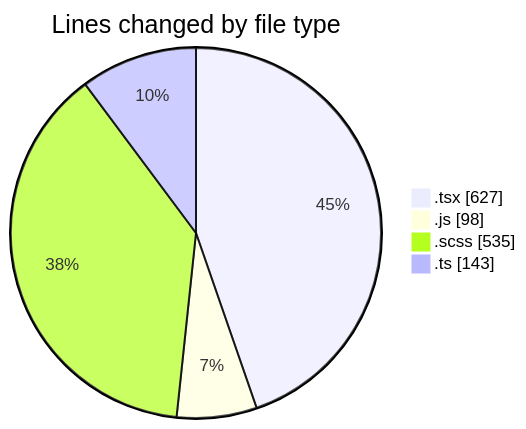
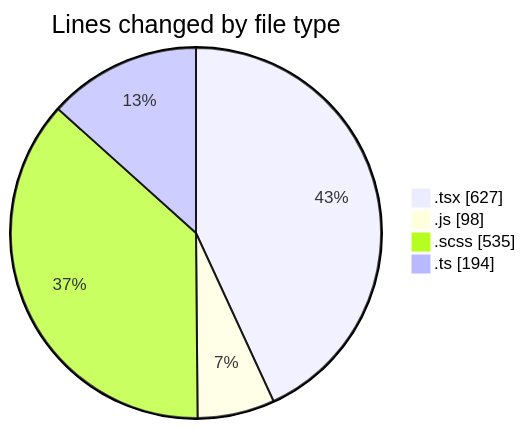
Before and after one commit to momahboobian/code-tracking: the first of 2 diagrams in 2025-03-31/cda/README.md, drawn with Mermaid. The commit also changed other lines of this file and 1 other file, not shown here.

````diff
--- a/2025-03-31/cda/README.md
+++ b/2025-03-31/cda/README.md
@@ -29,8 +29,8 @@
 ```mermaid
 pie showData
 title Lines changed by file type
 ".tsx" : 627
 ".js" : 98
 ".scss" : 535
-".ts" : 143
+".ts" : 194
 ```
````
